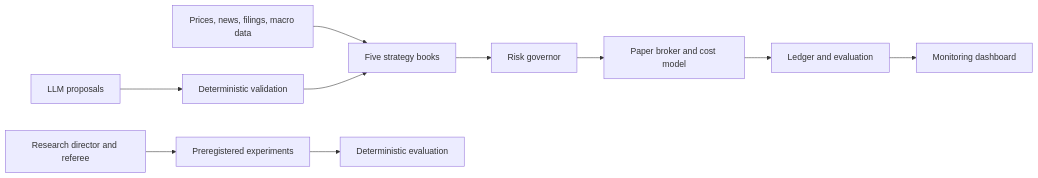
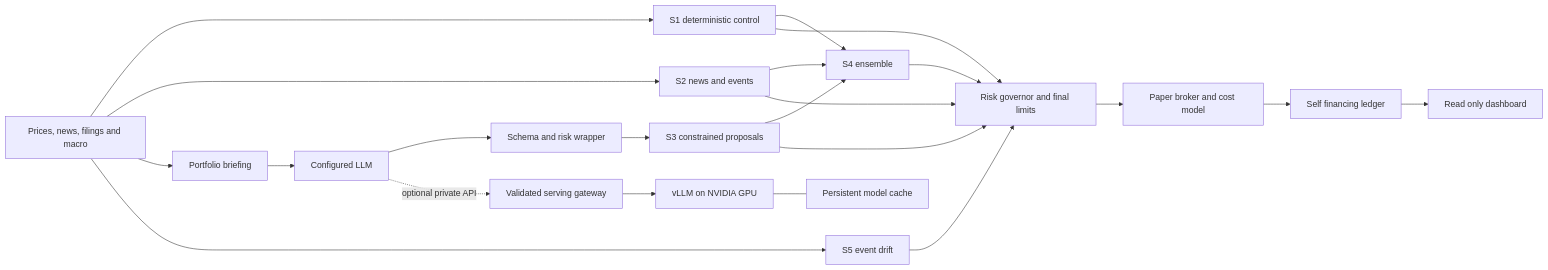
One commit to baypeanut/multi-strategy-fund changed the diagram in README.md. Above: the diagram before and after it, drawn with Mermaid. The commit also changed other lines of this file and 104 other files, not shown here.

Commit message:
Add verified GPU model serving and harden research runtime (#1)

````diff
--- a/README.md
+++ b/README.md
@@ -19,12 +41,24 @@
 ```mermaid
 flowchart LR
-    Data[Prices, news, filings, macro data] --> Books[Five strategy books]
-    Model[LLM proposals] --> Wrapper[Deterministic validation]
-    Wrapper --> Books
-    Books --> Risk[Risk governor]
+    Data[Prices, news, filings and macro] --> S1[S1 deterministic control]
+    Data --> S2[S2 news and events]
+    Data --> Brief[Portfolio briefing]
+    Model[Configured LLM] --> Wrapper[Schema and risk wrapper]
+    Brief --> Model
+    Wrapper --> S3[S3 constrained proposals]
+    S1 --> S4[S4 ensemble]
+    S2 --> S4
+    S3 --> S4
+    Data --> S5[S5 event drift]
+    S1 --> Risk[Risk governor and final limits]
+    S2 --> Risk
+    S3 --> Risk
+    S4 --> Risk
+    S5 --> Risk
     Risk --> Broker[Paper broker and cost model]
-    Broker --> Ledger[Ledger and evaluation]
-    Ledger --> UI[Monitoring dashboard]
-    Research[Research director and referee] --> Specs[Preregistered experiments]
-    Specs --> Eval[Deterministic evaluation]
+    Broker --> Ledger[Self financing ledger]
+    Ledger --> UI[Read only dashboard]
+    Model -. optional private API .-> Gateway[Validated serving gateway]
+    Gateway --> GPU[vLLM on NVIDIA GPU]
+    GPU --- PVC[Persistent model cache]
 ```
````
